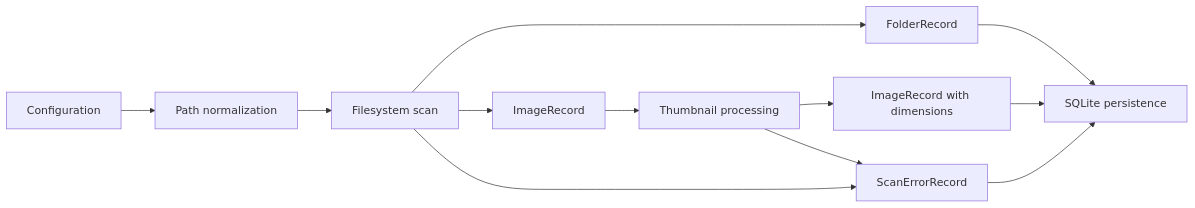
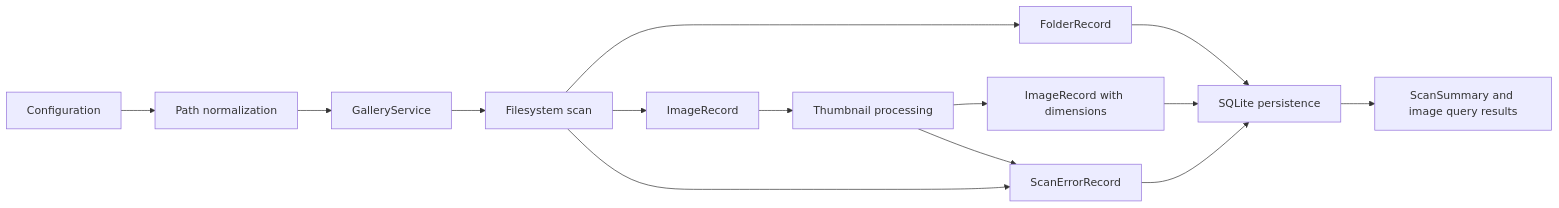
The diagram in docs/ARCHITECTURE.md (ia319/image-gallery-browser), drawn with Mermaid before and after one commit. The commit also changed other lines of this file, not shown here.

Commit message:
docs(architecture): document service layer

````diff
--- a/docs/ARCHITECTURE.md
+++ b/docs/ARCHITECTURE.md
@@ -47,14 +51,16 @@
 ```mermaid
 flowchart LR
   A["Configuration"] --> B["Path normalization"]
-  B --> C["Filesystem scan"]
-  C --> D["FolderRecord"]
-  C --> E["ImageRecord"]
-  E --> F["Thumbnail processing"]
-  F --> G["ImageRecord with dimensions"]
-  D --> H["SQLite persistence"]
-  G --> H
-  C --> I["ScanErrorRecord"]
-  F --> I
-  I --> H
+  B --> C["GalleryService"]
+  C --> D["Filesystem scan"]
+  D --> E["FolderRecord"]
+  D --> F["ImageRecord"]
+  F --> G["Thumbnail processing"]
+  G --> H["ImageRecord with dimensions"]
+  E --> I["SQLite persistence"]
+  H --> I
+  D --> J["ScanErrorRecord"]
+  G --> J
+  J --> I
+  I --> K["ScanSummary and image query results"]
 ```
````
